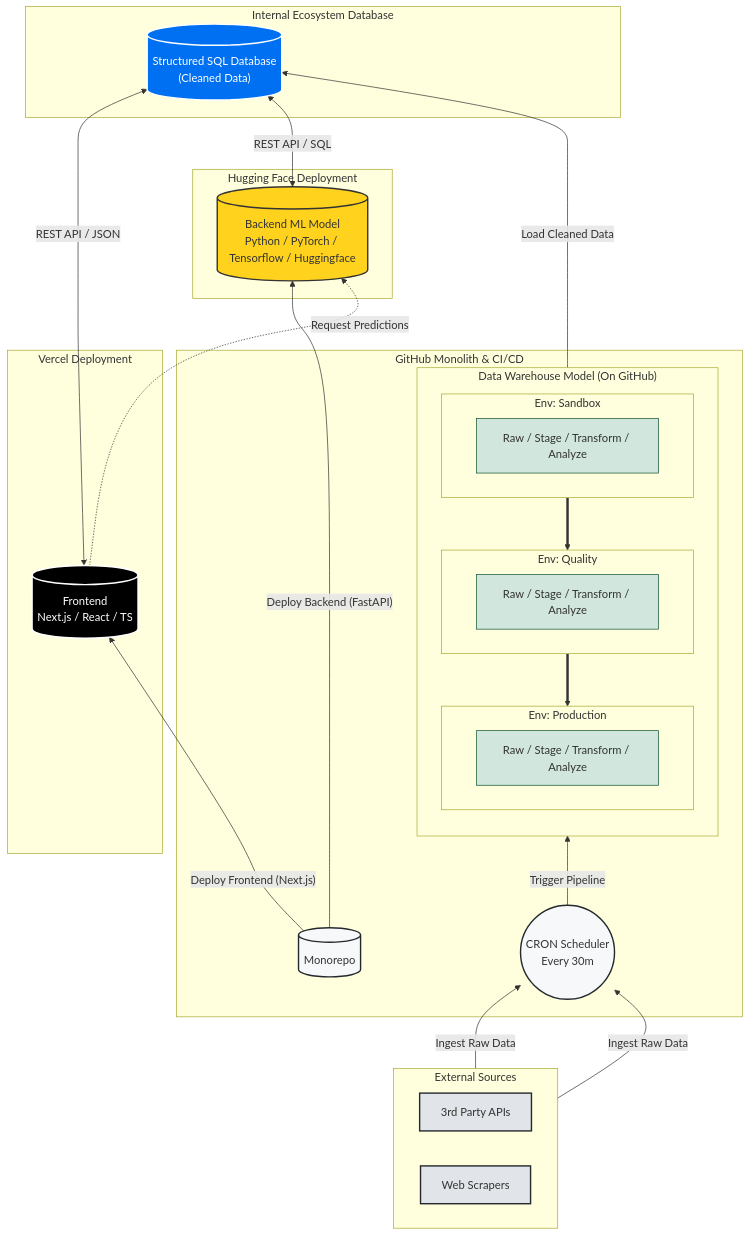
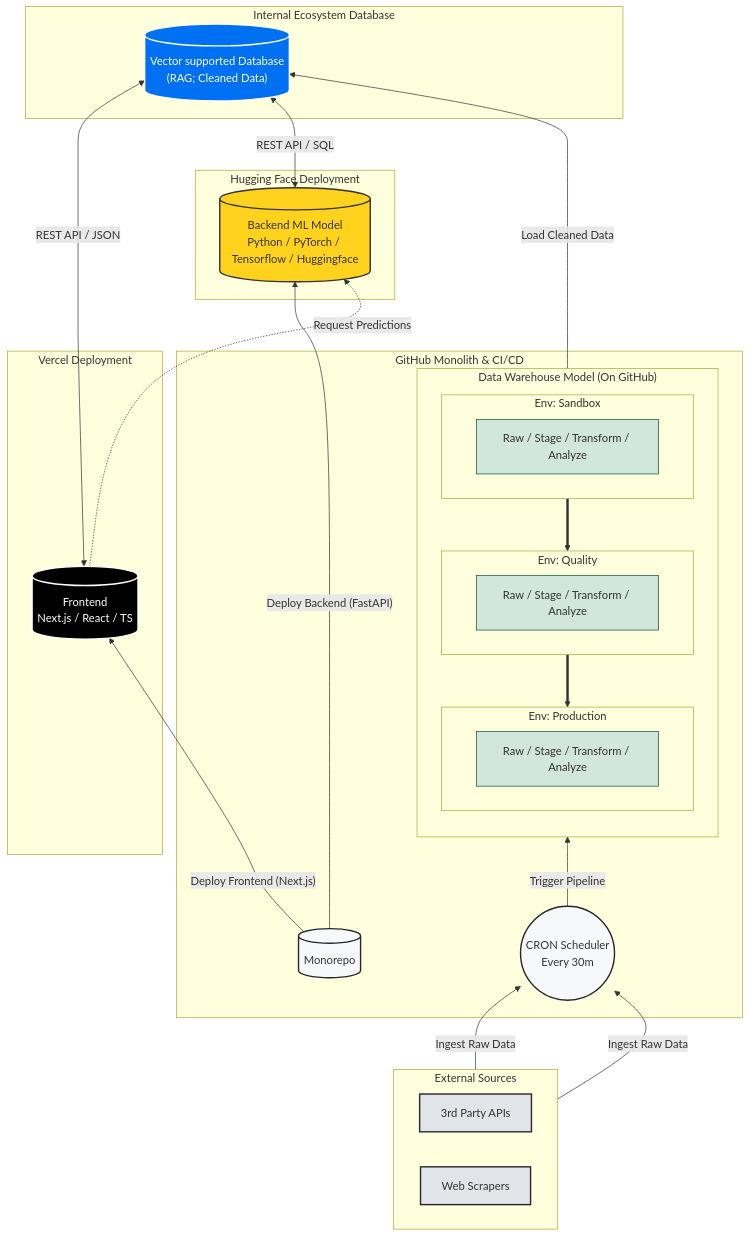
One commit to thomas-to-bcheme/thomas-to-bcheme changed the diagram in README.md. Above: the diagram before and after it, drawn with Mermaid. The commit also changed 3 other files, not shown here.

```diff
--- a/README.md
+++ b/README.md
@@ -126,7 +126,7 @@
 
     %% --- 4. The Bridge (Top) ---
     subgraph Database_Layer ["Internal Ecosystem Database"]
-        DB[("Structured SQL Database<br/>(Cleaned Data)")]:::db
+        DB[("Vector supported Database<br/>(RAG; Cleaned Data)")]:::db
     end
 
     %% --- Connections & Flows ---
```
